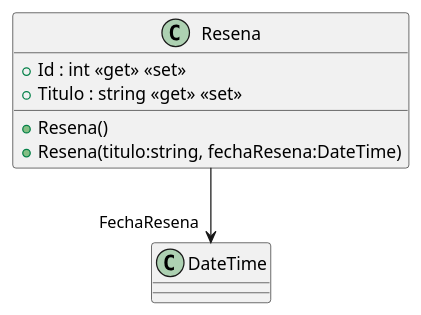
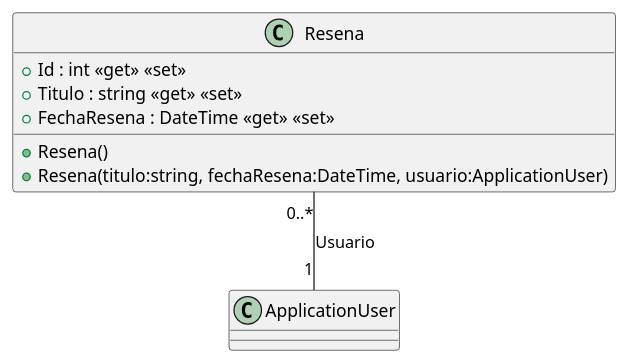
The diagram in src/AppForSEII.API/ClassDiagram/Resena.puml (ISII2627DDNProject/ISII2627DDNProject), drawn with PlantUML before and after one commit. The commit also changed 3 other files, not shown here.

First line of the commit message:
Se añaden todos los elementos necesarios para el diagrama de caso de … (#76)

```diff
--- a/src/AppForSEII.API/ClassDiagram/Resena.puml
+++ b/src/AppForSEII.API/ClassDiagram/Resena.puml
@@ -1,9 +1,12 @@
 @startuml
 class Resena {
     + Resena()
-    + Resena(titulo:string, fechaResena:DateTime)
+    + Resena(titulo:string, fechaResena:DateTime, usuario:ApplicationUser)
     + Id : int <<get>> <<set>>
     + Titulo : string <<get>> <<set>>
+    + FechaResena : DateTime <<get>> <<set>>
 }
-Resena --> "FechaResena" DateTime
+
+Resena "0..*" -- "1" ApplicationUser : Usuario
+
 @enduml
```
